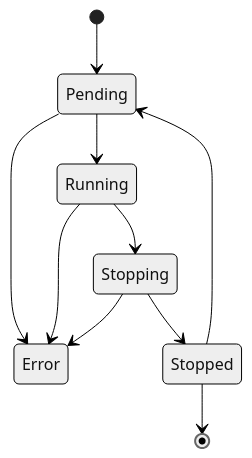
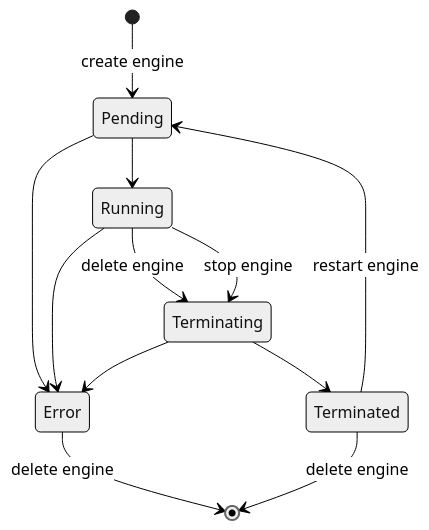
One commit to HaoYang670/rucat changed the second of 2 diagrams in README.md. Above: the diagram before and after it, drawn with Mermaid (neutral theme). The commit also changed other lines of this file and 3 other files, not shown here.

````diff
--- a/README.md
+++ b/README.md
@@ -21,12 +21,14 @@
 ```mermaid
-stateDiagram
-    [*] --> Pending
+stateDiagram-v2
+    [*] --> Pending: create engine
     Pending --> Error
     Pending --> Running
     Running --> Error
-    Running --> Stopping
-    Stopping --> Error
-    Stopping --> Stopped
-    Stopped --> Pending
-    Stopped --> [*]
+    Running --> Terminating: delete engine
+    Running --> Terminating: stop engine
+    Terminating --> Error
+    Terminating --> Terminated
+    Terminated --> Pending: restart engine
+    Terminated --> [*]: delete engine
+    Error --> [*]: delete engine
 ```
````
